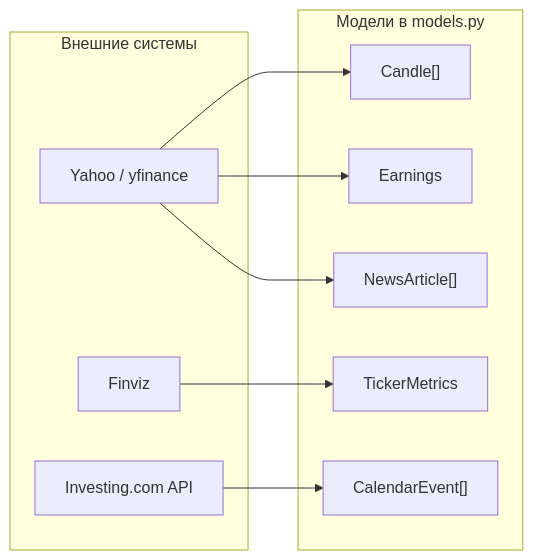
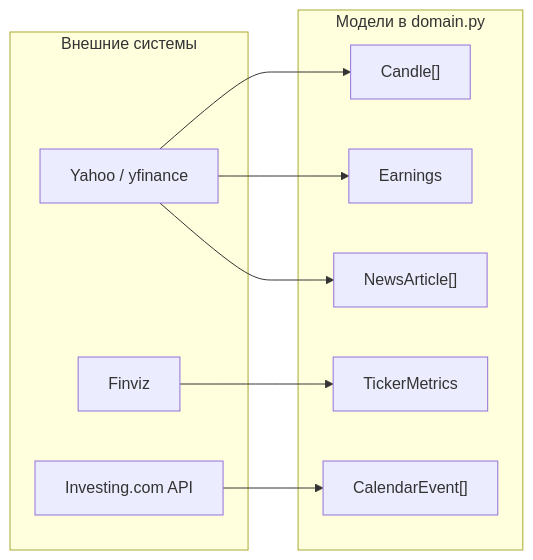
The third of 4 diagrams in docs/dataflow.md (kobyzev-yuri/nyse), drawn with Mermaid before and after one commit. The commit also changed 12 other files, not shown here.

First line of the commit message:
Domain models in domain.py; docs for news/calendar, testing plan; sources refactor

````diff
--- a/docs/dataflow.md
+++ b/docs/dataflow.md
@@ -91,22 +91,22 @@
 ```mermaid
 flowchart LR
     subgraph ext["Внешние системы"]
         YF["Yahoo / yfinance"]
         FZ["Finviz"]
         IC["Investing.com API"]
     end
 
-    subgraph out["Модели в models.py"]
+    subgraph out["Модели в domain.py"]
         OHLC["Candle[]"]
         TM["TickerMetrics"]
         ER["Earnings"]
         NA["NewsArticle[]"]
         CE["CalendarEvent[]"]
     end
 
     YF --> OHLC
     YF --> ER
     YF --> NA
     FZ --> TM
     IC --> CE
 ```
````
